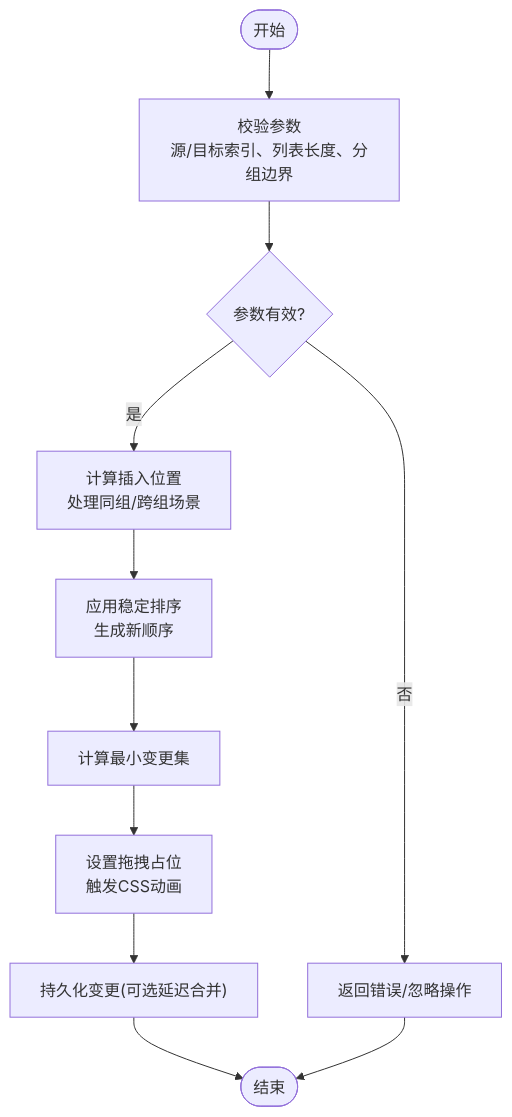
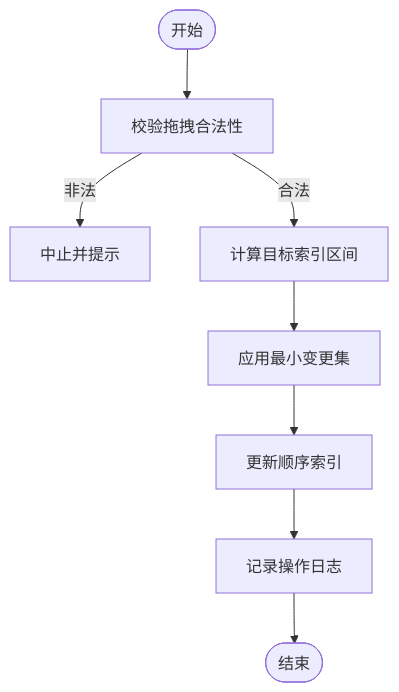
The third of 4 diagrams in .qoder/repowiki/zh/content/核心功能模块/清单管理系统.md (gzdxhujiale/FishWorker), drawn with Mermaid before and after one commit. The commit also changed other lines of this file and 238 other files, not shown here.

````diff
--- a/.qoder/repowiki/zh/content/核心功能模块/清单管理系统.md
+++ b/.qoder/repowiki/zh/content/核心功能模块/清单管理系统.md
@@ -242,13 +171,10 @@
 ```mermaid
 flowchart TD
-Start(["开始"]) --> Validate["校验参数<br/>源/目标索引、列表长度、分组边界"]
-Validate --> Valid{"参数有效?"}
-Valid -- "否" --> ReturnError["返回错误/忽略操作"]
-Valid -- "是" --> Compute["计算插入位置<br/>处理同组/跨组场景"]
-Compute --> StableSort["应用稳定排序<br/>生成新顺序"]
-StableSort --> Diff["计算最小变更集"]
-Diff --> Animate["设置拖拽占位<br/>触发CSS动画"]
-Animate --> Persist["持久化变更(可选延迟合并)"]
-Persist --> End(["结束"])
-ReturnError --> End
+Start(["开始"]) --> Validate["校验拖拽合法性"]
+Validate --> |非法| Abort["中止并提示"]
+Validate --> |合法| Compute["计算目标索引区间"]
+Compute --> Apply["应用最小变更集"]
+Apply --> UpdateIdx["更新顺序索引"]
+UpdateIdx --> Log["记录操作日志"]
+Log --> End(["结束"])
 ```
````
